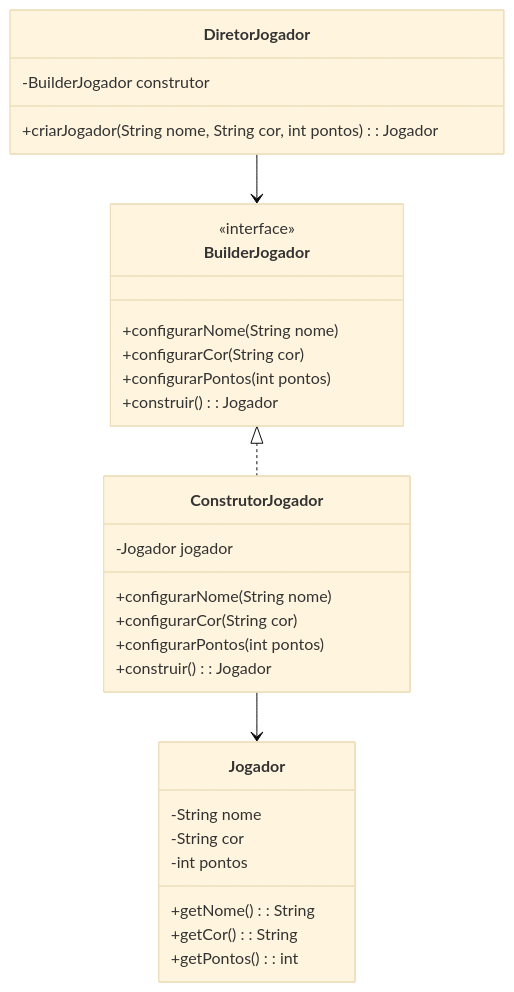
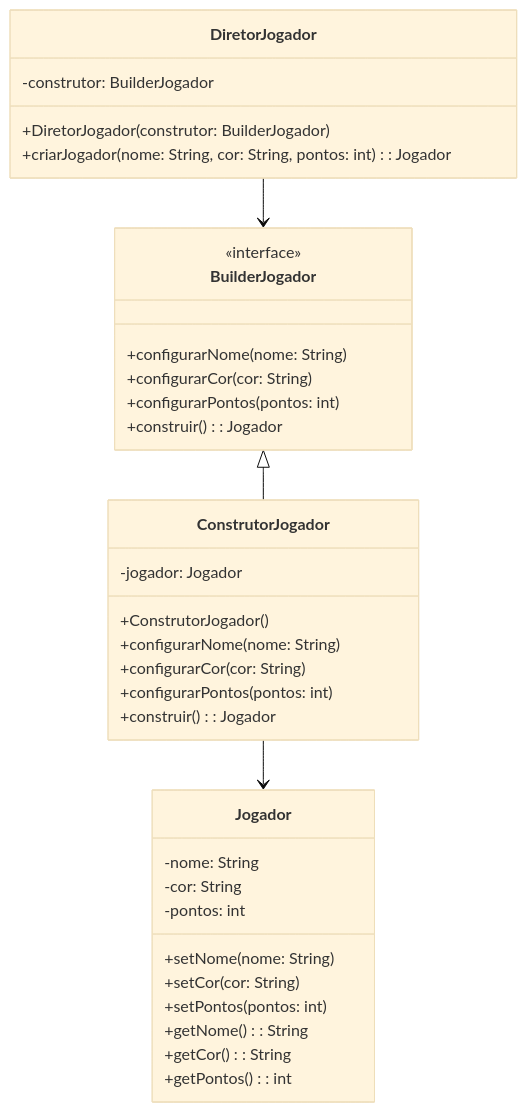
One commit to 20242-ifba-saj-ads-ppr/framework-equipe4 changed the second of 14 diagrams in README.md. Above: the diagram before and after it, drawn with Mermaid (base theme). The commit also changed other lines of this file, not shown here.

````diff
--- a/README.md
+++ b/README.md
@@ -44,36 +48,41 @@
 ```mermaid
 classDiagram
-	class BuilderJogador {
-		<<interface>>
-		+configurarNome(String nome)
-		+configurarCor(String cor)
-		+configurarPontos(int pontos)
-		+construir(): Jogador
-	}
+    class BuilderJogador {
+        <<interface>>
+        +configurarNome(nome: String)
+        +configurarCor(cor: String)
+        +configurarPontos(pontos: int)
+        +construir(): Jogador
+    }
 
-	class ConstrutorJogador {
-		-Jogador jogador
-		+configurarNome(String nome)
-		+configurarCor(String cor)
-		+configurarPontos(int pontos)
-		+construir(): Jogador
-	}
+    class DiretorJogador {
+        -construtor: BuilderJogador
+        +DiretorJogador(construtor: BuilderJogador)
+        +criarJogador(nome: String, cor: String, pontos: int): Jogador
+    }
 
-	class DiretorJogador {
-		-BuilderJogador construtor
-		+criarJogador(String nome, String cor, int pontos): Jogador
-	}
+    class ConstrutorJogador {
+        -jogador: Jogador
+        +ConstrutorJogador()
+        +configurarNome(nome: String)
+        +configurarCor(cor: String)
+        +configurarPontos(pontos: int)
+        +construir(): Jogador
+    }
 
-	class Jogador {
-		-String nome
-		-String cor
-		-int pontos
-		+getNome(): String
-		+getCor(): String
-		+getPontos(): int
-	}
+    class Jogador {
+        -nome: String
+        -cor: String
+        -pontos: int
+        +setNome(nome: String)
+        +setCor(cor: String)
+        +setPontos(pontos: int)
+        +getNome(): String
+        +getCor(): String
+        +getPontos(): int
+    }
 
-	BuilderJogador <|.. ConstrutorJogador
-	ConstrutorJogador --> Jogador
-	DiretorJogador --> BuilderJogador
+    BuilderJogador <|-- ConstrutorJogador
+    DiretorJogador --> BuilderJogador
+    ConstrutorJogador --> Jogador
 ```
````
